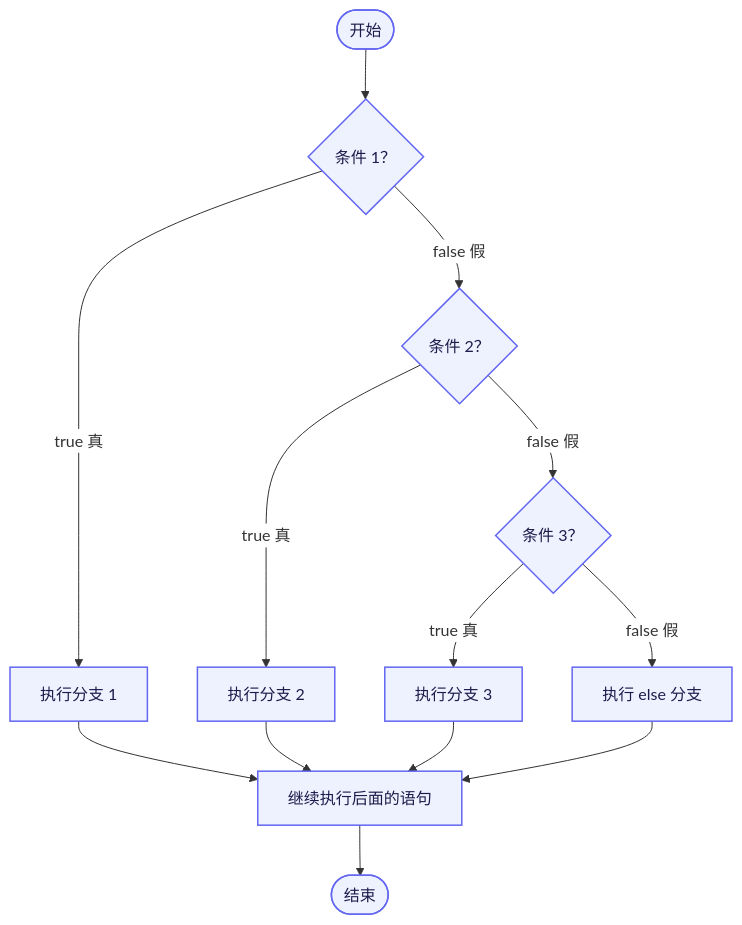
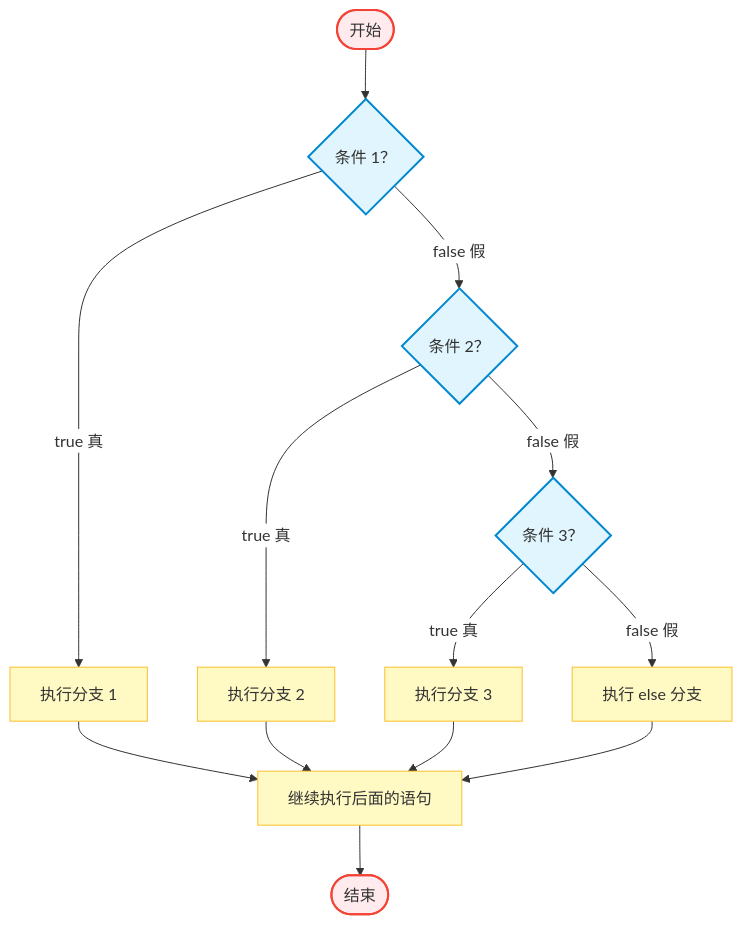
One commit to caozuoxitong-ren/oier-fans.github.io changed the third of 3 diagrams in docs/信息学奥赛/C++语法基础/C1_03_分支语句与比较运算符.md. Above: the diagram before and after it, drawn with Mermaid. The commit also changed other lines of this file and 8 other files, not shown here.

````diff
--- a/docs/信息学奥赛/C++语法基础/C1_03_分支语句与比较运算符.md
+++ b/docs/信息学奥赛/C++语法基础/C1_03_分支语句与比较运算符.md
@@ -419,19 +428,25 @@
 ```mermaid
 %%{init: {"themeVariables": {"edgeLabelBackground": "#FFFFFF"}}}%%
 flowchart TD
-    A([开始]) --> B{条件 1？}
-    B -->|true 真| C[执行分支 1]
-    B -->|false 假| D{条件 2？}
-    D -->|true 真| E[执行分支 2]
-    D -->|false 假| F{条件 3？}
-    F -->|true 真| G[执行分支 3]
-    F -->|false 假| H[执行 else 分支]
-    C --> I[继续执行后面的语句]
-    E --> I
-    G --> I
-    H --> I
-    I --> J([结束])
+    Start([开始]) --> Cond1{条件 1？}
+    Cond1 -->|true 真| Action1["执行分支 1"]
+    Cond1 -->|false 假| Cond2{条件 2？}
+    Cond2 -->|true 真| Action2["执行分支 2"]
+    Cond2 -->|false 假| Cond3{条件 3？}
+    Cond3 -->|true 真| Action3["执行分支 3"]
+    Cond3 -->|false 假| Action4["执行 else 分支"]
+    Action1 --> Continue["继续执行后面的语句"]
+    Action2 --> Continue
+    Action3 --> Continue
+    Action4 --> Continue
+    Continue --> End([结束])
 
-    classDef unified fill:#EEF2FF,stroke:#6366F1,color:#1E1B4B,stroke-width:1.5px;
-    class A,B,C,D,E,F,G,H,I,J unified;
+    classDef condition fill:#e1f5fe,stroke:#0288d1,stroke-width:2px;
+    classDef action fill:#fff9c4,stroke:#fbc02d,stroke-width:1px;
+    class Cond1,Cond2,Cond3 condition;
+    class Action1,Action2,Action3,Action4,Continue action;
+
+    %% 👇 新增：定义开始和结束按钮的颜色（粉色边框+浅色填充）
+    classDef startEnd fill:#ffebee,stroke:#f44336,stroke-width:2px;
+    class Start,End startEnd;
 ```
````
